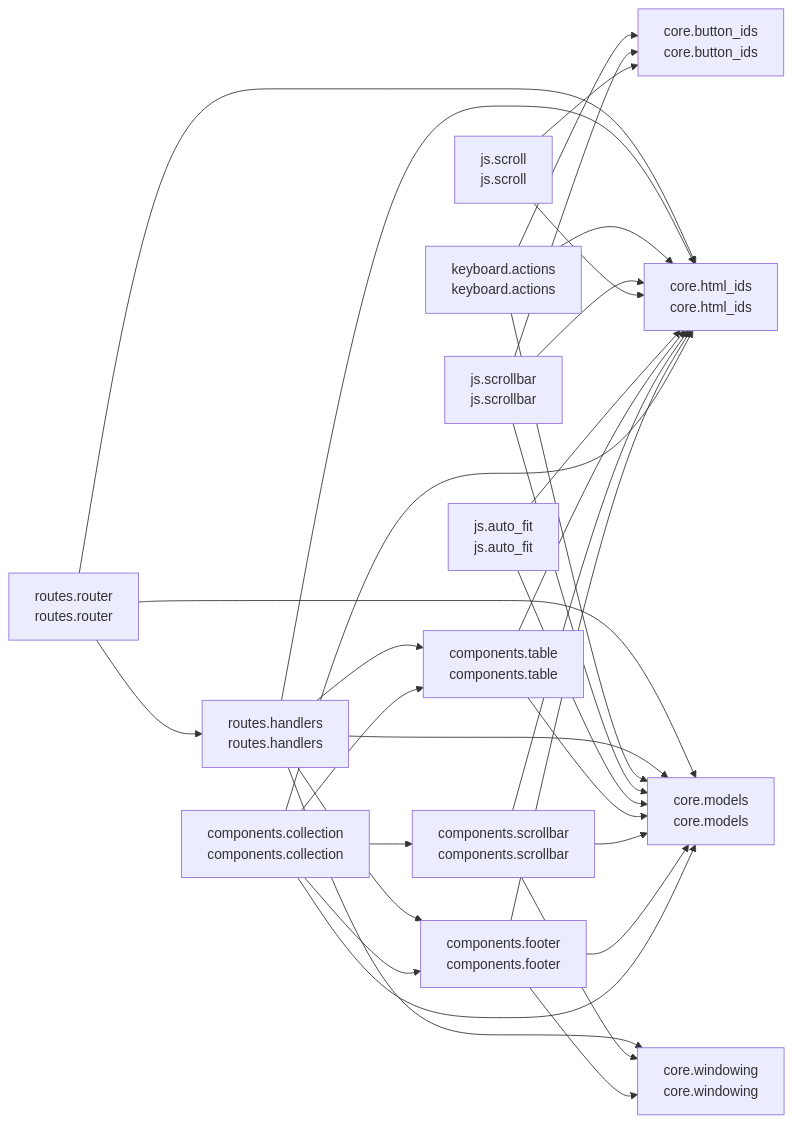
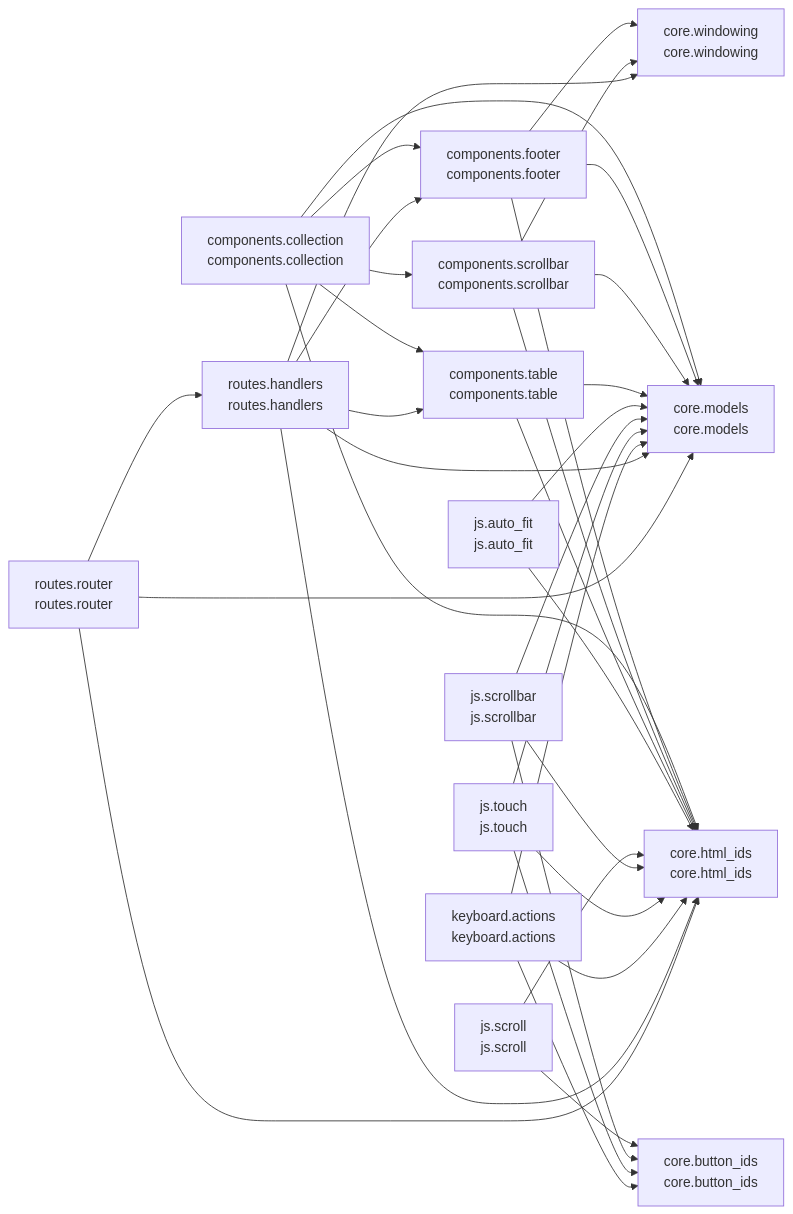
Before and after one commit to cj-mills/cjm-fasthtml-virtual-collection: the diagram in README.md, drawn with Mermaid. The commit also changed other lines of this file and 14 other files, not shown here.

Commit message:
Add touch navigation with scroll-only swiping, momentum, touch-action suppression, and wider scrollbar for touch targets.

````diff
--- a/README.md
+++ b/README.md
@@ -39,49 +40,53 @@
 ``` mermaid
 graph LR
     components_collection[components.collection<br/>components.collection]
     components_footer[components.footer<br/>components.footer]
     components_scrollbar[components.scrollbar<br/>components.scrollbar]
     components_table[components.table<br/>components.table]
     core_button_ids[core.button_ids<br/>core.button_ids]
     core_html_ids[core.html_ids<br/>core.html_ids]
     core_models[core.models<br/>core.models]
     core_windowing[core.windowing<br/>core.windowing]
     js_auto_fit[js.auto_fit<br/>js.auto_fit]
     js_scroll[js.scroll<br/>js.scroll]
     js_scrollbar[js.scrollbar<br/>js.scrollbar]
+    js_touch[js.touch<br/>js.touch]
     keyboard_actions[keyboard.actions<br/>keyboard.actions]
     routes_handlers[routes.handlers<br/>routes.handlers]
     routes_router[routes.router<br/>routes.router]
 
+    components_collection --> components_scrollbar
+    components_collection --> core_models
     components_collection --> components_table
     components_collection --> components_footer
-    components_collection --> core_models
     components_collection --> core_html_ids
-    components_collection --> components_scrollbar
-    components_footer --> core_html_ids
     components_footer --> core_models
     components_footer --> core_windowing
+    components_footer --> core_html_ids
+    components_scrollbar --> core_models
     components_scrollbar --> core_html_ids
-    components_scrollbar --> core_models
     components_scrollbar --> core_windowing
     components_table --> core_models
     components_table --> core_html_ids
+    js_auto_fit --> core_models
     js_auto_fit --> core_html_ids
-    js_auto_fit --> core_models
     js_scroll --> core_html_ids
     js_scroll --> core_button_ids
     js_scrollbar --> core_html_ids
     js_scrollbar --> core_models
     js_scrollbar --> core_button_ids
+    js_touch --> core_html_ids
+    js_touch --> core_models
+    js_touch --> core_button_ids
+    keyboard_actions --> core_models
     keyboard_actions --> core_html_ids
-    keyboard_actions --> core_models
     keyboard_actions --> core_button_ids
+    routes_handlers --> core_windowing
+    routes_handlers --> core_models
+    routes_handlers --> components_table
     routes_handlers --> components_footer
-    routes_handlers --> core_models
     routes_handlers --> core_html_ids
-    routes_handlers --> core_windowing
-    routes_handlers --> components_table
+    routes_router --> routes_handlers
     routes_router --> core_models
-    routes_router --> routes_handlers
     routes_router --> core_html_ids
 ```
````
